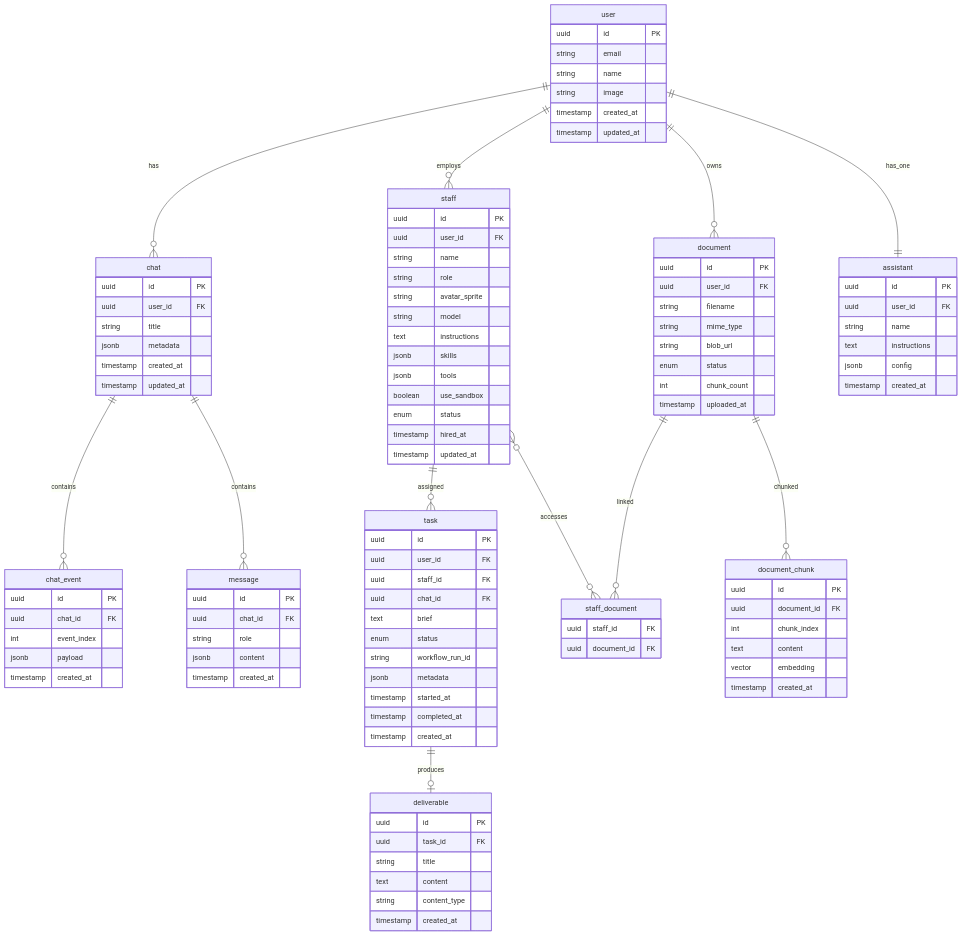
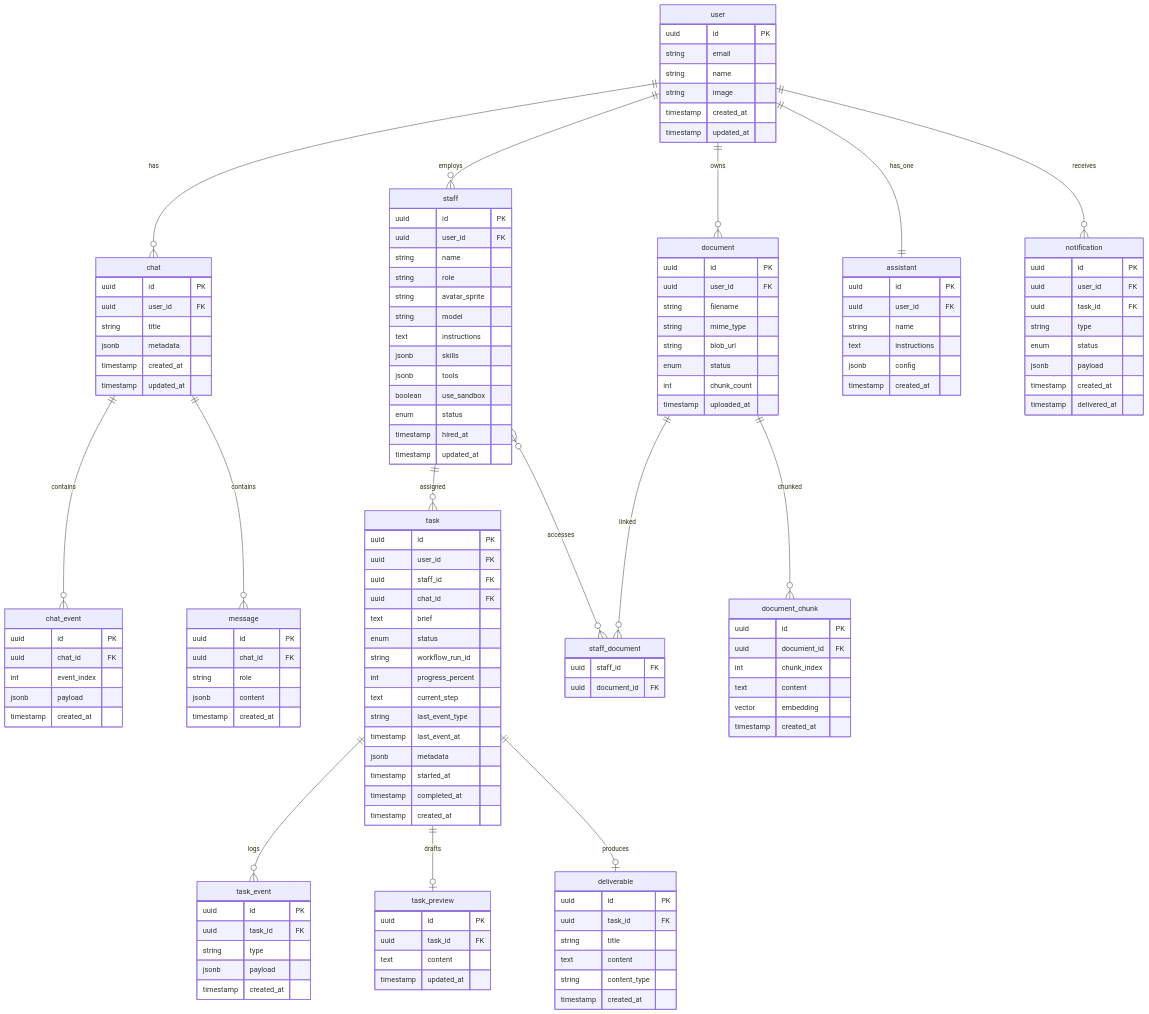
The diagram in docs/DATA-MODEL.md (tihado/nex-staff), drawn with Mermaid before and after one commit. The commit also changed other lines of this file and 6 other files, not shown here.

```diff
--- a/docs/DATA-MODEL.md
+++ b/docs/DATA-MODEL.md
@@ -13,7 +13,10 @@
     staff ||--o{ task : assigned
     staff }o--o{ staff_document : accesses
     document ||--o{ staff_document : linked
+    task ||--o{ task_event : logs
+    task ||--o| task_preview : drafts
     task ||--o| deliverable : produces
+    user ||--o{ notification : receives
     document ||--o{ document_chunk : chunked
 
     user {
@@ -58,10 +61,40 @@
         text brief
         enum status
         string workflow_run_id
+        int progress_percent
+        text current_step
+        string last_event_type
+        timestamp last_event_at
         jsonb metadata
         timestamp started_at
         timestamp completed_at
         timestamp created_at
+    }
+
+    task_event {
+        uuid id PK
+        uuid task_id FK
+        string type
+        jsonb payload
+        timestamp created_at
+    }
+
+    task_preview {
+        uuid id PK
+        uuid task_id FK
+        text content
+        timestamp updated_at
+    }
+
+    notification {
+        uuid id PK
+        uuid user_id FK
+        uuid task_id FK
+        string type
+        enum status
+        jsonb payload
+        timestamp created_at
+        timestamp delivered_at
     }
 
     deliverable {
```
